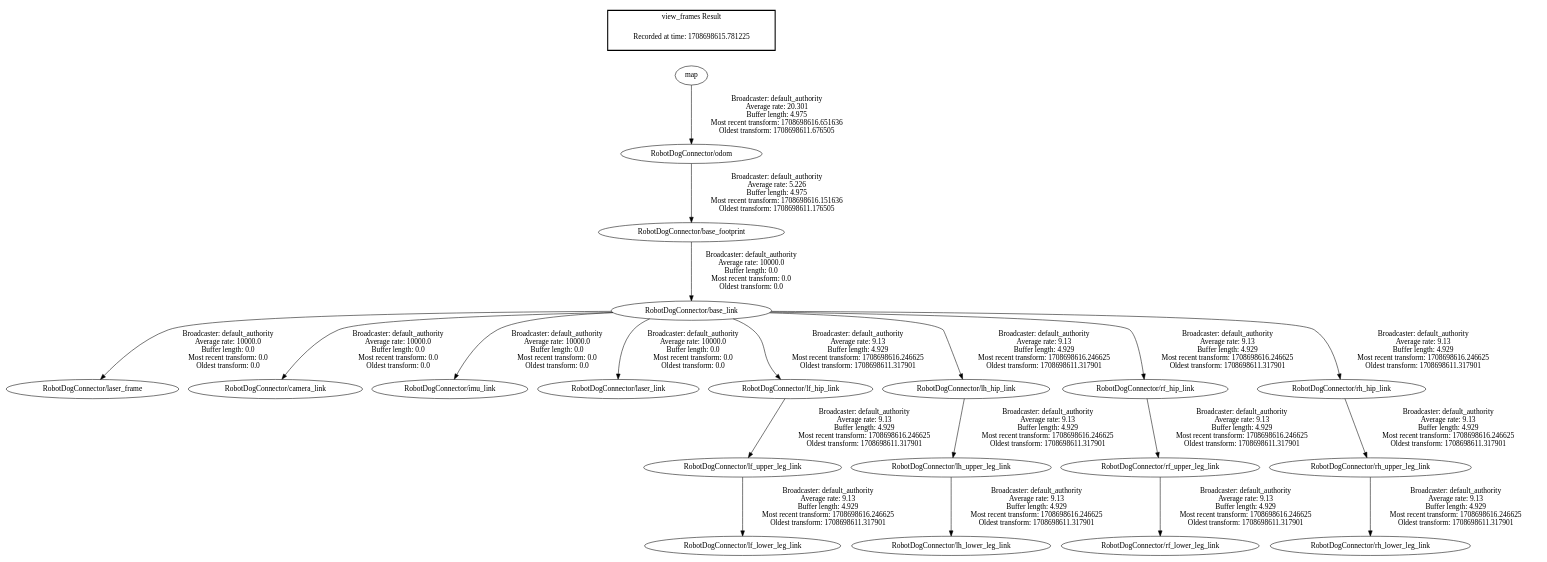
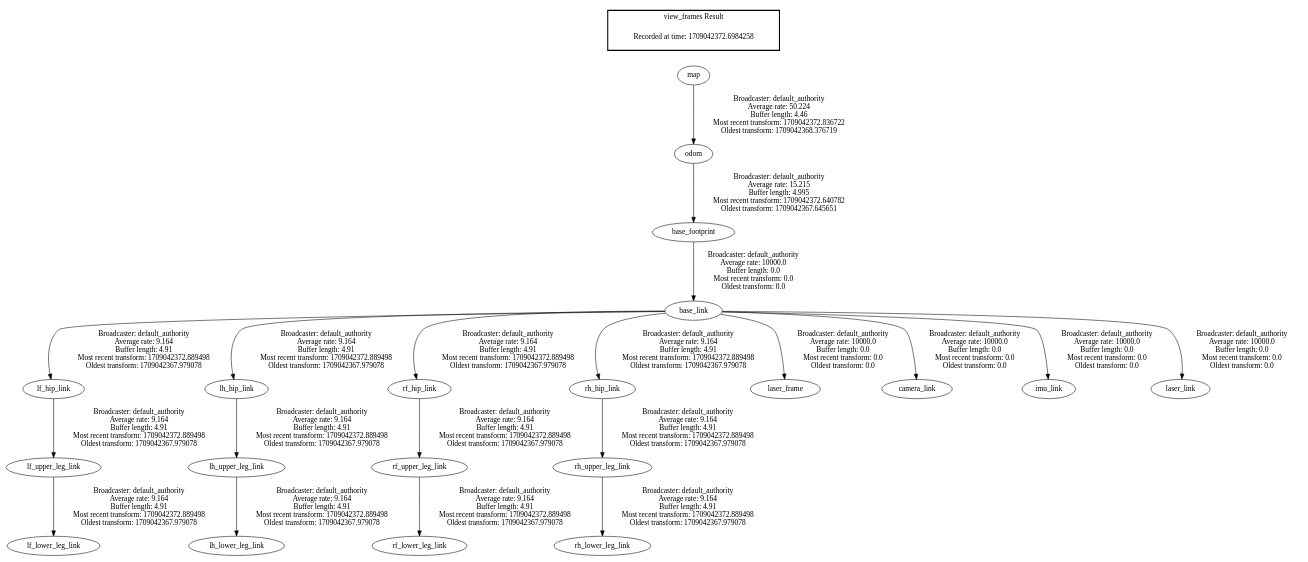
One commit to ken20020209/FYP_ROS_Server changed the diagram in frames.gv. Above: the diagram before and after it, drawn with Graphviz. The commit also changed 6 other files, not shown here.

```diff
--- a/frames.gv
+++ b/frames.gv
@@ -1,25 +1,25 @@
 digraph G {
-"map" -> "RobotDogConnector/odom"[label=" Broadcaster: default_authority\nAverage rate: 20.301\nBuffer length: 4.975\nMost recent transform: 1708698616.651636\nOldest transform: 1708698611.676505\n"];
-"RobotDogConnector/base_link" -> "RobotDogConnector/laser_frame"[label=" Broadcaster: default_authority\nAverage rate: 10000.0\nBuffer length: 0.0\nMost recent transform: 0.0\nOldest transform: 0.0\n"];
-"RobotDogConnector/base_footprint" -> "RobotDogConnector/base_link"[label=" Broadcaster: default_authority\nAverage rate: 10000.0\nBuffer length: 0.0\nMost recent transform: 0.0\nOldest transform: 0.0\n"];
-"RobotDogConnector/odom" -> "RobotDogConnector/base_footprint"[label=" Broadcaster: default_authority\nAverage rate: 5.226\nBuffer length: 4.975\nMost recent transform: 1708698616.151636\nOldest transform: 1708698611.176505\n"];
-"RobotDogConnector/base_link" -> "RobotDogConnector/camera_link"[label=" Broadcaster: default_authority\nAverage rate: 10000.0\nBuffer length: 0.0\nMost recent transform: 0.0\nOldest transform: 0.0\n"];
-"RobotDogConnector/base_link" -> "RobotDogConnector/imu_link"[label=" Broadcaster: default_authority\nAverage rate: 10000.0\nBuffer length: 0.0\nMost recent transform: 0.0\nOldest transform: 0.0\n"];
-"RobotDogConnector/base_link" -> "RobotDogConnector/laser_link"[label=" Broadcaster: default_authority\nAverage rate: 10000.0\nBuffer length: 0.0\nMost recent transform: 0.0\nOldest transform: 0.0\n"];
-"RobotDogConnector/base_link" -> "RobotDogConnector/lf_hip_link"[label=" Broadcaster: default_authority\nAverage rate: 9.13\nBuffer length: 4.929\nMost recent transform: 1708698616.246625\nOldest transform: 1708698611.317901\n"];
-"RobotDogConnector/lf_upper_leg_link" -> "RobotDogConnector/lf_lower_leg_link"[label=" Broadcaster: default_authority\nAverage rate: 9.13\nBuffer length: 4.929\nMost recent transform: 1708698616.246625\nOldest transform: 1708698611.317901\n"];
-"RobotDogConnector/lf_hip_link" -> "RobotDogConnector/lf_upper_leg_link"[label=" Broadcaster: default_authority\nAverage rate: 9.13\nBuffer length: 4.929\nMost recent transform: 1708698616.246625\nOldest transform: 1708698611.317901\n"];
-"RobotDogConnector/base_link" -> "RobotDogConnector/lh_hip_link"[label=" Broadcaster: default_authority\nAverage rate: 9.13\nBuffer length: 4.929\nMost recent transform: 1708698616.246625\nOldest transform: 1708698611.317901\n"];
-"RobotDogConnector/lh_upper_leg_link" -> "RobotDogConnector/lh_lower_leg_link"[label=" Broadcaster: default_authority\nAverage rate: 9.13\nBuffer length: 4.929\nMost recent transform: 1708698616.246625\nOldest transform: 1708698611.317901\n"];
-"RobotDogConnector/lh_hip_link" -> "RobotDogConnector/lh_upper_leg_link"[label=" Broadcaster: default_authority\nAverage rate: 9.13\nBuffer length: 4.929\nMost recent transform: 1708698616.246625\nOldest transform: 1708698611.317901\n"];
-"RobotDogConnector/base_link" -> "RobotDogConnector/rf_hip_link"[label=" Broadcaster: default_authority\nAverage rate: 9.13\nBuffer length: 4.929\nMost recent transform: 1708698616.246625\nOldest transform: 1708698611.317901\n"];
-"RobotDogConnector/rf_upper_leg_link" -> "RobotDogConnector/rf_lower_leg_link"[label=" Broadcaster: default_authority\nAverage rate: 9.13\nBuffer length: 4.929\nMost recent transform: 1708698616.246625\nOldest transform: 1708698611.317901\n"];
-"RobotDogConnector/rf_hip_link" -> "RobotDogConnector/rf_upper_leg_link"[label=" Broadcaster: default_authority\nAverage rate: 9.13\nBuffer length: 4.929\nMost recent transform: 1708698616.246625\nOldest transform: 1708698611.317901\n"];
-"RobotDogConnector/base_link" -> "RobotDogConnector/rh_hip_link"[label=" Broadcaster: default_authority\nAverage rate: 9.13\nBuffer length: 4.929\nMost recent transform: 1708698616.246625\nOldest transform: 1708698611.317901\n"];
-"RobotDogConnector/rh_upper_leg_link" -> "RobotDogConnector/rh_lower_leg_link"[label=" Broadcaster: default_authority\nAverage rate: 9.13\nBuffer length: 4.929\nMost recent transform: 1708698616.246625\nOldest transform: 1708698611.317901\n"];
-"RobotDogConnector/rh_hip_link" -> "RobotDogConnector/rh_upper_leg_link"[label=" Broadcaster: default_authority\nAverage rate: 9.13\nBuffer length: 4.929\nMost recent transform: 1708698616.246625\nOldest transform: 1708698611.317901\n"];
+"base_link" -> "lf_hip_link"[label=" Broadcaster: default_authority\nAverage rate: 9.164\nBuffer length: 4.91\nMost recent transform: 1709042372.889498\nOldest transform: 1709042367.979078\n"];
+"base_footprint" -> "base_link"[label=" Broadcaster: default_authority\nAverage rate: 10000.0\nBuffer length: 0.0\nMost recent transform: 0.0\nOldest transform: 0.0\n"];
+"lf_upper_leg_link" -> "lf_lower_leg_link"[label=" Broadcaster: default_authority\nAverage rate: 9.164\nBuffer length: 4.91\nMost recent transform: 1709042372.889498\nOldest transform: 1709042367.979078\n"];
+"lf_hip_link" -> "lf_upper_leg_link"[label=" Broadcaster: default_authority\nAverage rate: 9.164\nBuffer length: 4.91\nMost recent transform: 1709042372.889498\nOldest transform: 1709042367.979078\n"];
+"base_link" -> "lh_hip_link"[label=" Broadcaster: default_authority\nAverage rate: 9.164\nBuffer length: 4.91\nMost recent transform: 1709042372.889498\nOldest transform: 1709042367.979078\n"];
+"lh_upper_leg_link" -> "lh_lower_leg_link"[label=" Broadcaster: default_authority\nAverage rate: 9.164\nBuffer length: 4.91\nMost recent transform: 1709042372.889498\nOldest transform: 1709042367.979078\n"];
+"lh_hip_link" -> "lh_upper_leg_link"[label=" Broadcaster: default_authority\nAverage rate: 9.164\nBuffer length: 4.91\nMost recent transform: 1709042372.889498\nOldest transform: 1709042367.979078\n"];
+"base_link" -> "rf_hip_link"[label=" Broadcaster: default_authority\nAverage rate: 9.164\nBuffer length: 4.91\nMost recent transform: 1709042372.889498\nOldest transform: 1709042367.979078\n"];
+"rf_upper_leg_link" -> "rf_lower_leg_link"[label=" Broadcaster: default_authority\nAverage rate: 9.164\nBuffer length: 4.91\nMost recent transform: 1709042372.889498\nOldest transform: 1709042367.979078\n"];
+"rf_hip_link" -> "rf_upper_leg_link"[label=" Broadcaster: default_authority\nAverage rate: 9.164\nBuffer length: 4.91\nMost recent transform: 1709042372.889498\nOldest transform: 1709042367.979078\n"];
+"base_link" -> "rh_hip_link"[label=" Broadcaster: default_authority\nAverage rate: 9.164\nBuffer length: 4.91\nMost recent transform: 1709042372.889498\nOldest transform: 1709042367.979078\n"];
+"rh_upper_leg_link" -> "rh_lower_leg_link"[label=" Broadcaster: default_authority\nAverage rate: 9.164\nBuffer length: 4.91\nMost recent transform: 1709042372.889498\nOldest transform: 1709042367.979078\n"];
+"rh_hip_link" -> "rh_upper_leg_link"[label=" Broadcaster: default_authority\nAverage rate: 9.164\nBuffer length: 4.91\nMost recent transform: 1709042372.889498\nOldest transform: 1709042367.979078\n"];
+"base_link" -> "laser_frame"[label=" Broadcaster: default_authority\nAverage rate: 10000.0\nBuffer length: 0.0\nMost recent transform: 0.0\nOldest transform: 0.0\n"];
+"odom" -> "base_footprint"[label=" Broadcaster: default_authority\nAverage rate: 15.215\nBuffer length: 4.995\nMost recent transform: 1709042372.640782\nOldest transform: 1709042367.645651\n"];
+"base_link" -> "camera_link"[label=" Broadcaster: default_authority\nAverage rate: 10000.0\nBuffer length: 0.0\nMost recent transform: 0.0\nOldest transform: 0.0\n"];
+"base_link" -> "imu_link"[label=" Broadcaster: default_authority\nAverage rate: 10000.0\nBuffer length: 0.0\nMost recent transform: 0.0\nOldest transform: 0.0\n"];
+"base_link" -> "laser_link"[label=" Broadcaster: default_authority\nAverage rate: 10000.0\nBuffer length: 0.0\nMost recent transform: 0.0\nOldest transform: 0.0\n"];
+"map" -> "odom"[label=" Broadcaster: default_authority\nAverage rate: 50.224\nBuffer length: 4.46\nMost recent transform: 1709042372.836722\nOldest transform: 1709042368.376719\n"];
 edge [style=invis];
  subgraph cluster_legend { style=bold; color=black; label ="view_frames Result";
-"Recorded at time: 1708698615.781225"[ shape=plaintext ] ;
+"Recorded at time: 1709042372.6984258"[ shape=plaintext ] ;
 }->"map";
 }
```
